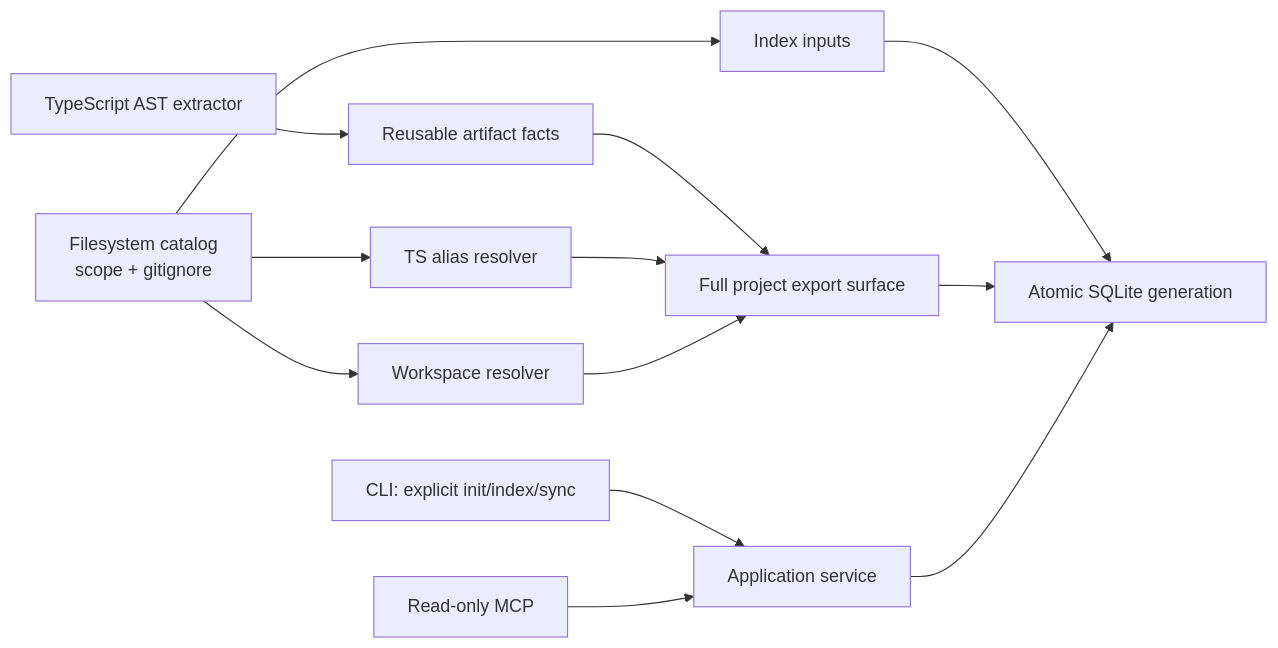
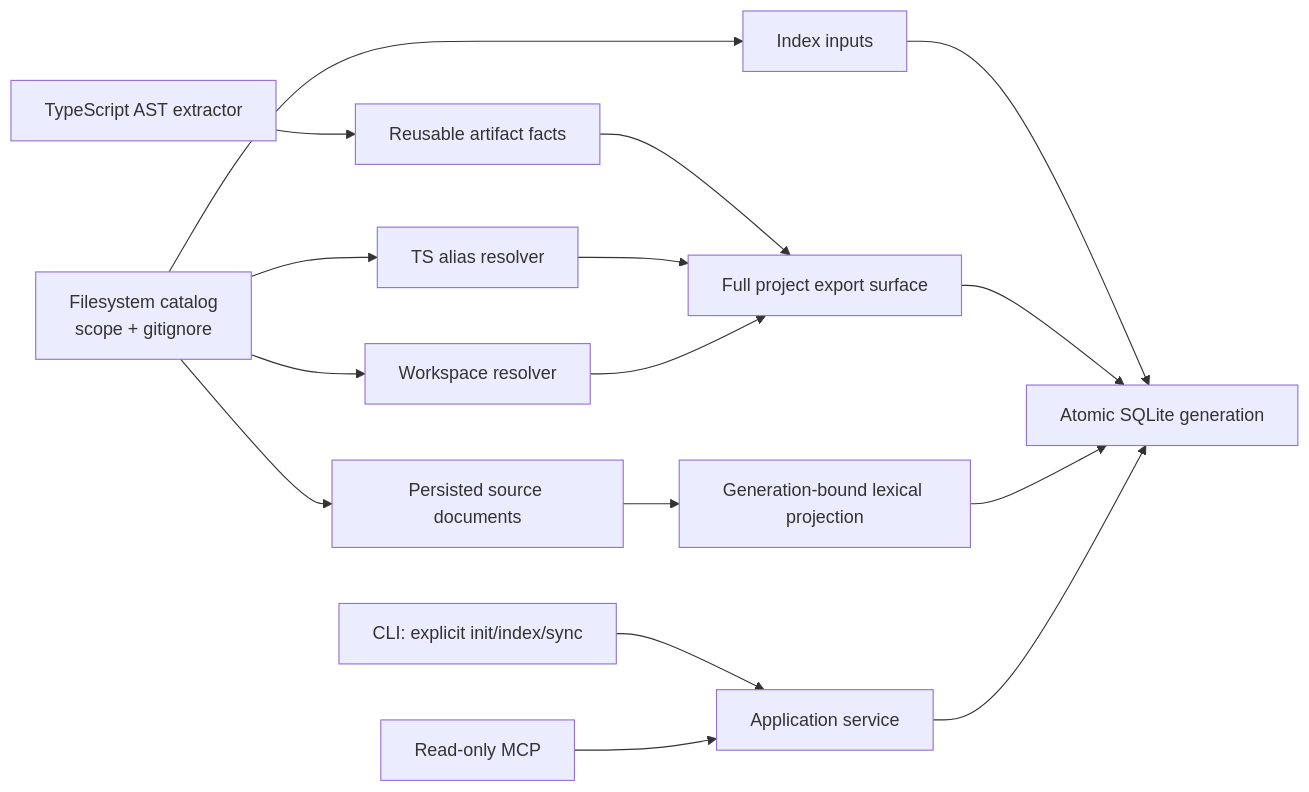
Before and after one commit to HsinPu/SymbolLattice: the diagram in README.md, drawn with Mermaid. The commit also changed other lines of this file and 18 other files, not shown here.

````diff
--- a/README.md
+++ b/README.md
@@ -208,15 +231,18 @@
 ```mermaid
 flowchart LR
   CLI["CLI: explicit init/index/sync"] --> App["Application service"]
   MCP["Read-only MCP"] --> App
   Catalog["Filesystem catalog\nscope + gitignore"] --> Inputs["Index inputs"]
   Catalog --> TS["TS alias resolver"]
   Catalog --> WS["Workspace resolver"]
   Extractor["TypeScript AST extractor"] --> Facts["Reusable artifact facts"]
+  Catalog --> SourceDocs["Persisted source documents"]
+  SourceDocs --> Retrieval["Generation-bound lexical projection"]
   Facts --> Resolver["Full project export surface"]
   TS --> Resolver
   WS --> Resolver
   Inputs --> SQLite["Atomic SQLite generation"]
   Resolver --> SQLite
+  Retrieval --> SQLite
   App --> SQLite
 ```
````
